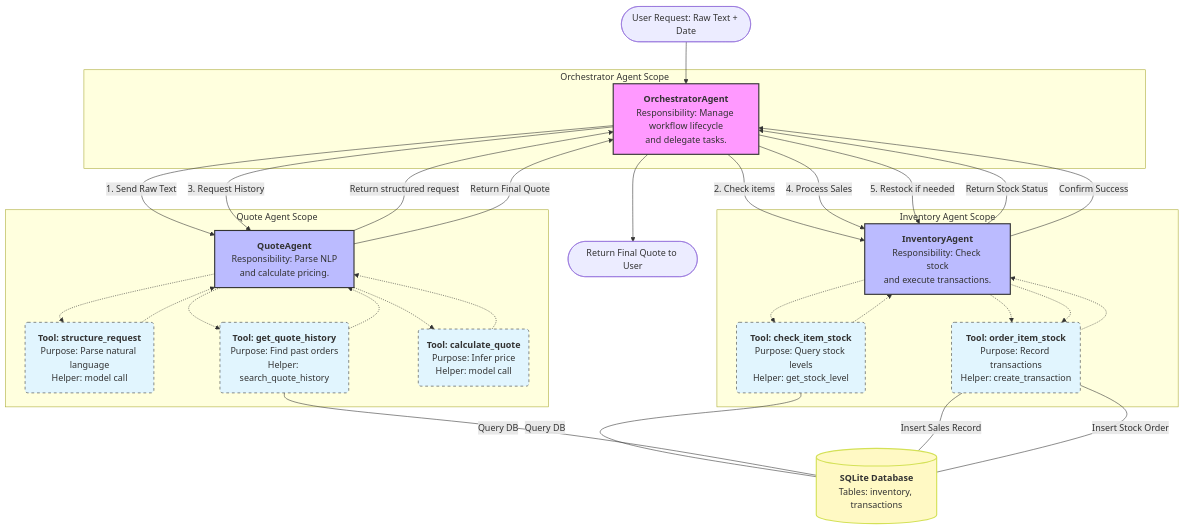
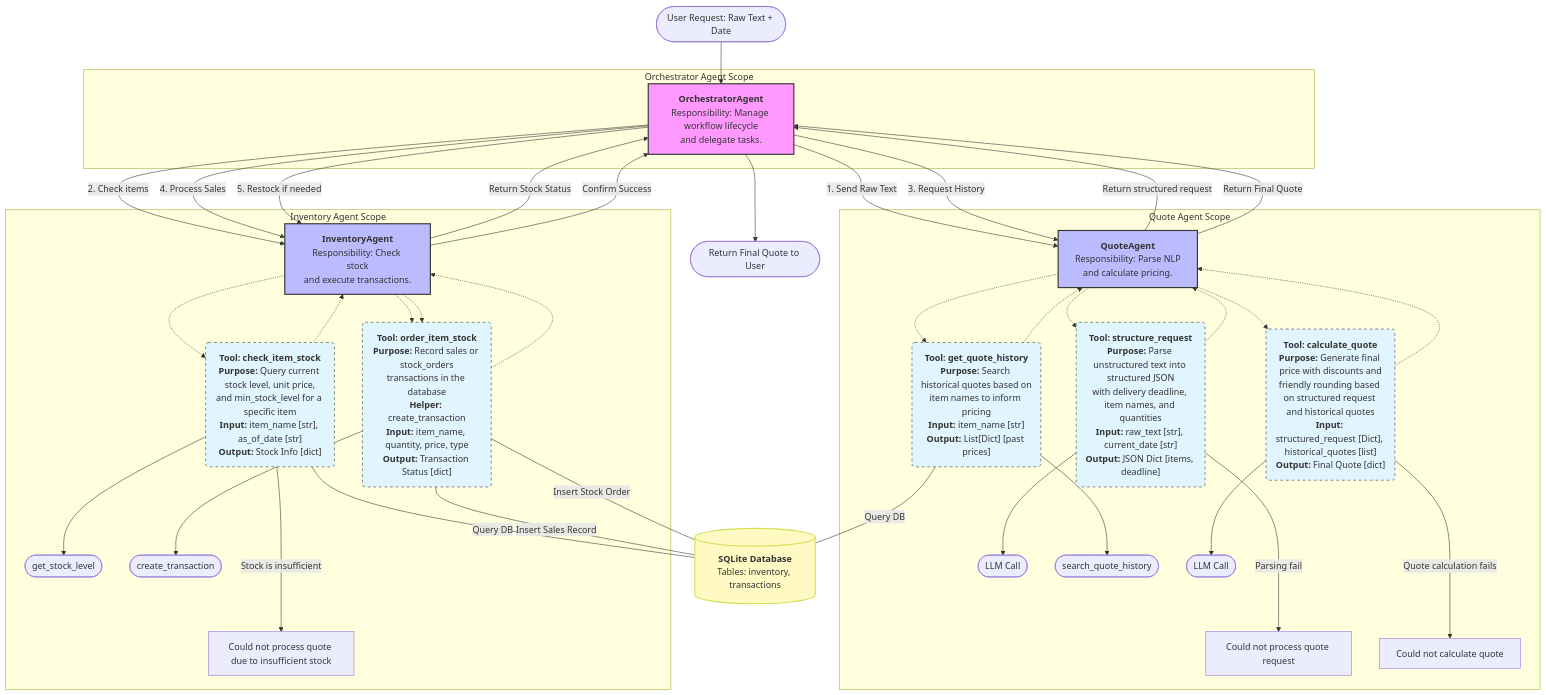
The diagram in agent_workflow_diagram.mmd (mrugeles/beavers_choice_paper), drawn with Mermaid before and after one commit. The commit also changed 3 other files, not shown here.

```diff
--- a/agent_workflow_diagram.mmd
+++ b/agent_workflow_diagram.mmd
@@ -1,77 +1,70 @@
-graph TD
-    %% Define Styles
-    classDef orchestrator fill:#f9f,stroke:#333,stroke-width:2px;
-    classDef agent fill:#bbf,stroke:#333,stroke-width:2px;
-    classDef tool fill:#e1f5fe,stroke:#333,stroke-width:1px,stroke-dasharray: 5 5;
-    classDef db fill:#fff9c4,stroke:#d4e157,stroke-width:2px;
+flowchart TB
+    classDef orchestrator fill:#f9f,stroke:#333,stroke-width:2px
+    classDef agent fill:#bbf,stroke:#333,stroke-width:2px
+    classDef tool fill:#e1f5fe,stroke:#333,stroke-width:1px,stroke-dasharray: 5 5
+    classDef db fill:#fff9c4,stroke:#d4e157,stroke-width:2px
 
-    %% START
-    UserRequest([User Request: Raw Text + Date]) --> Orch
+ subgraph OrchestratorScope["Orchestrator Agent Scope"]
+        Orch["<b>OrchestratorAgent</b><br>Responsibility: Manage workflow lifecycle<br>and delegate tasks."]
+  end
+ subgraph QuoteScope["Quote Agent Scope"]
+        QA["<b>QuoteAgent</b><br>Responsibility: Parse NLP<br>and calculate pricing."]
+        QTool1("<b>Tool: structure_request</b><br><b>Purpose:</b> Parse unstructured text into structured JSON<br>with delivery deadline, item names, and quantities<br><b>Input:</b> raw_text [str], current_date [str]<br><b>Output:</b> JSON Dict [items, deadline]")
+        LLMCall(["LLM Call"])
+        QTool1Error1["Could not process quote request"]
+        QTool2("<b>Tool: get_quote_history</b><br><b>Purpose:</b> Search historical quotes based on<br>item names to inform pricing<br><b>Input:</b> item_name [str]<br><b>Output:</b> List[Dict] [past prices]")
+        search_quote_history(["search_quote_history"])
+        QTool3("<b>Tool: calculate_quote</b><br><b>Purpose:</b> Generate final price with discounts and<br>friendly rounding based on structured request and historical quotes<br><b>Input:</b> structured_request [Dict], historical_quotes [list]<br><b>Output:</b> Final Quote [dict]")
+        LLMCall1(["LLM Call"])
+        QTool3Error1["Could not calculate quote"]
+  end
+ subgraph InventoryScope["Inventory Agent Scope"]
+        IA["<b>InventoryAgent</b><br>Responsibility: Check stock<br>and execute transactions."]
+        ITool1("<b>Tool: check_item_stock</b><br><b>Purpose:</b> Query current stock level, unit price,<br>and min_stock_level for a specific item<br><b>Input:</b> item_name [str], as_of_date [str]<br><b>Output:</b> Stock Info [dict]")
+        get_stock_level(["get_stock_level"])
+        ITool1Error1["Could not process quote due to insufficient stock"]
+        ITool2("<b>Tool: order_item_stock</b><br><b>Purpose:</b> Record sales or stock_orders<br>transactions in the database<br><b>Helper:</b> create_transaction<br><b>Input:</b> item_name, quantity, price, type<br><b>Output:</b> Transaction Status [dict]")
+        create_transaction(["create_transaction"])
 
-    %% ORCHESTRATOR AGENT
-    subgraph OrchestratorScope [Orchestrator Agent Scope]
-        Orch[<b>OrchestratorAgent</b><br/>Responsibility: Manage workflow lifecycle<br/>and delegate tasks.]:::orchestrator
-    end
+  end
+    UserRequest(["User Request: Raw Text + Date"]) --> Orch
+    QTool1 --> LLMCall
+    QTool1 --Parsing fail---> QTool1Error1
+    QTool2 --> search_quote_history
+    QTool3 --> LLMCall1
+    QTool3 --Quote calculation fails---> QTool3Error1
+    ITool1 --> get_stock_level
+    ITool2 --> create_transaction
+    Orch -- "1. Send Raw Text" --> QA
+    QA -.-> QTool1 & QTool2 & QTool3
+    QTool1 -.-> QA
+    QA -- Return structured request --> Orch
+    Orch -- "2. Check items" --> IA
+    IA -.-> ITool1 & ITool2 & ITool2
+    ITool1 -- Query DB --- DB[("<b>SQLite Database</b><br>Tables: inventory, transactions")]
+    ITool1 -.-> IA
+    ITool1 --Stock is insufficient---> ITool1Error1
+    IA -- Return Stock Status --> Orch
+    Orch -- "3. Request History" --> QA
+    QTool2 -- Query DB --- DB
+    QTool2 -.-> QA
+    QTool3 -.-> QA
+    QA -- Return Final Quote --> Orch
+    Orch -- "4. Process Sales" --> IA
+    ITool2 -- Insert Sales Record --- DB
+    Orch -- "5. Restock if needed" --> IA
+    ITool2 -- Insert Stock Order --- DB
+    ITool2 -.-> IA
+    IA -- Confirm Success --> Orch
+    Orch --> FinalResponse(["Return Final Quote to User"])
+    
 
-    %% QUOTE AGENT
-    subgraph QuoteScope [Quote Agent Scope]
-        QA[<b>QuoteAgent</b><br/>Responsibility: Parse NLP<br/>and calculate pricing.]:::agent
-
-        %% Tools for Quote Agent
-        QTool1(<b>Tool: structure_request</b><br/>Purpose: Parse natural language<br/>Helper: model call):::tool
-        QTool2(<b>Tool: get_quote_history</b><br/>Purpose: Find past orders<br/>Helper: search_quote_history):::tool
-        QTool3(<b>Tool: calculate_quote</b><br/>Purpose: Infer price<br/>Helper: model call):::tool
-    end
-
-    %% INVENTORY AGENT
-    subgraph InventoryScope [Inventory Agent Scope]
-        IA[<b>InventoryAgent</b><br/>Responsibility: Check stock<br/>and execute transactions.]:::agent
-
-        %% Tools for Inventory Agent
-        ITool1(<b>Tool: check_item_stock</b><br/>Purpose: Query stock levels<br/>Helper: get_stock_level):::tool
-        ITool2(<b>Tool: order_item_stock</b><br/>Purpose: Record transactions<br/>Helper: create_transaction):::tool
-    end
-
-    %% DATABASE
-    DB[(<b>SQLite Database</b><br/>Tables: inventory, transactions)]:::db
-
-    %% WORKFLOW / INTERACTIONS
-
-    %% Step 1: Structure
-    Orch -- "1. Send Raw Text" --> QA
-    QA -.-> QTool1
-    QTool1 -.-> QA
-    QA -- "Return structured request" --> Orch
-
-    %% Step 2: Check Inventory
-    Orch -- "2. Check items" --> IA
-    IA -.-> ITool1
-    ITool1 -- "Query DB" --- DB
-    ITool1 -.-> IA
-    IA -- "Return Stock Status" --> Orch
-
-    %% Step 3: Get History
-    Orch -- "3. Request History" --> QA
-    QA -.-> QTool2
-    QTool2 -- "Query DB" --- DB
-    QTool2 -.-> QA
-
-    %% Step 4: Calculate Quote
-    QA -.-> QTool3
-    QTool3 -.-> QA
-    QA -- "Return Final Quote" --> Orch
-
-    %% Step 5: Process Transactions
-    Orch -- "4. Process Sales" --> IA
-    IA -.-> ITool2
-    ITool2 -- "Insert Sales Record" --- DB
-
-    %% Step 6: Restock (Conditional)
-    Orch -- "5. Restock if needed" --> IA
-    IA -.-> ITool2
-    ITool2 -- "Insert Stock Order" --- DB
-    ITool2 -.-> IA
-    IA -- "Confirm Success" --> Orch
-
-    %% END
-    Orch --> FinalResponse([Return Final Quote to User])
+     Orch:::orchestrator
+     QA:::agent
+     QTool1:::tool
+     QTool2:::tool
+     QTool3:::tool
+     IA:::agent
+     ITool1:::tool
+     ITool2:::tool
+     DB:::db
```
